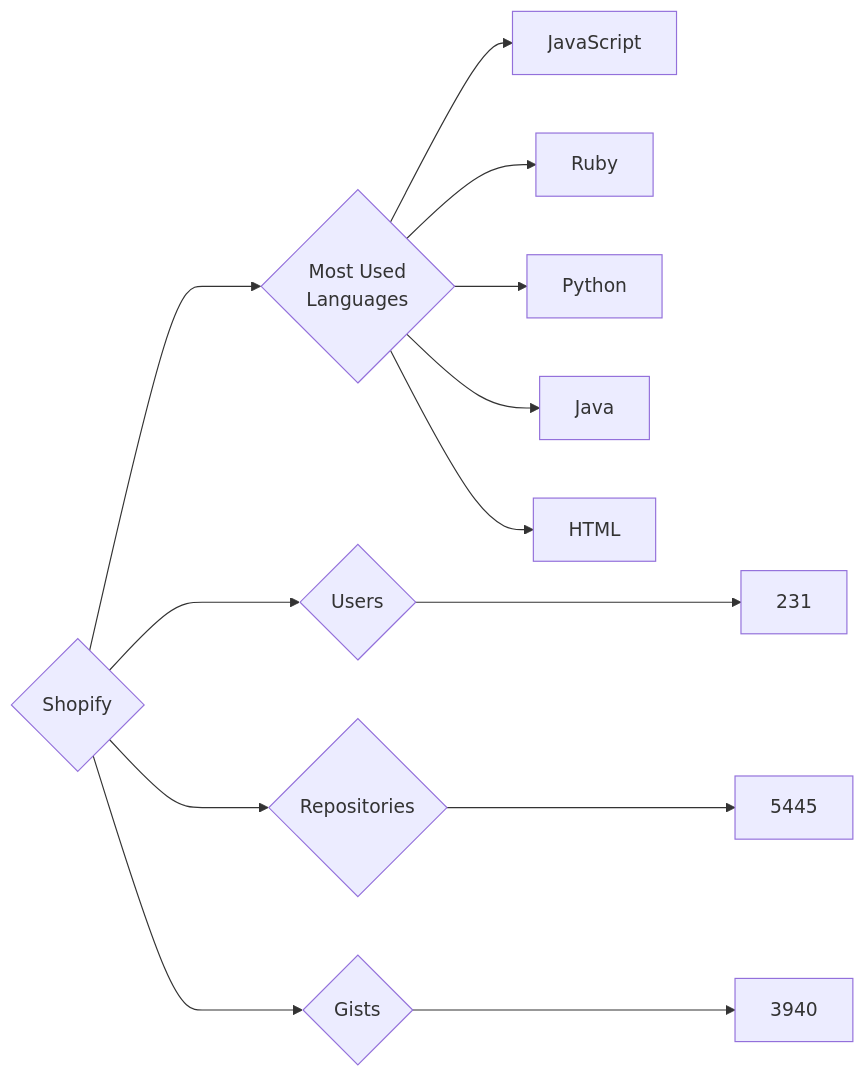
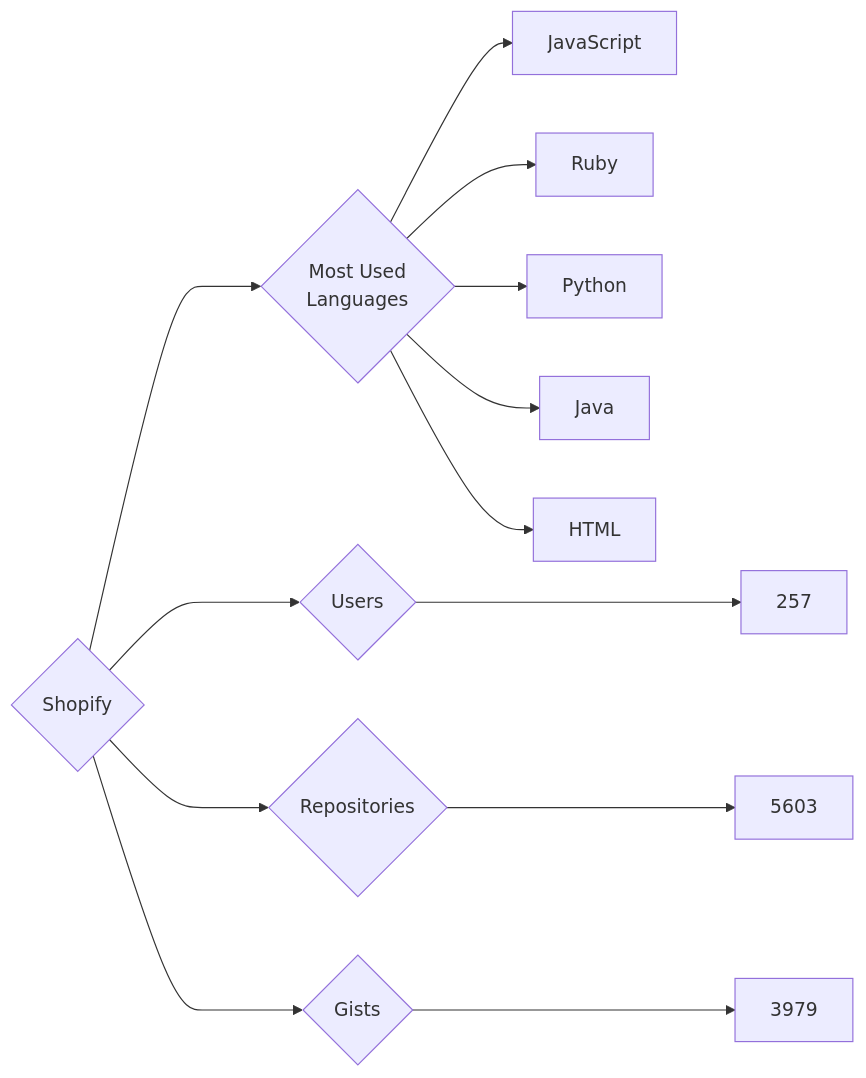
The diagram in targets/Shopify/README.md (trickest/insiders), drawn with Mermaid before and after one commit. The commit also changed 903 other files, not shown here.

````diff
--- a/targets/Shopify/README.md
+++ b/targets/Shopify/README.md
@@ -3,13 +3,13 @@
 ```mermaid
 graph LR
 COMPANY_NAME{Shopify}
-COMPANY_NAME ---> U{Users} ---> UN[231]
-COMPANY_NAME ---> R{Repositories} ---> RN[5445]
-COMPANY_NAME ---> G{Gists} ---> GN[3940]
+COMPANY_NAME ---> U{Users} ---> UN[257]
+COMPANY_NAME ---> R{Repositories} ---> RN[5603]
+COMPANY_NAME ---> G{Gists} ---> GN[3979]
 COMPANY_NAME ---> ML{Most Used<br>Languages}
 ML --> JavaScript[JavaScript]
 ML --> Ruby[Ruby]
 ML --> Python[Python]
 ML --> Java[Java]
 ML --> HTML[HTML]
 ```
````
